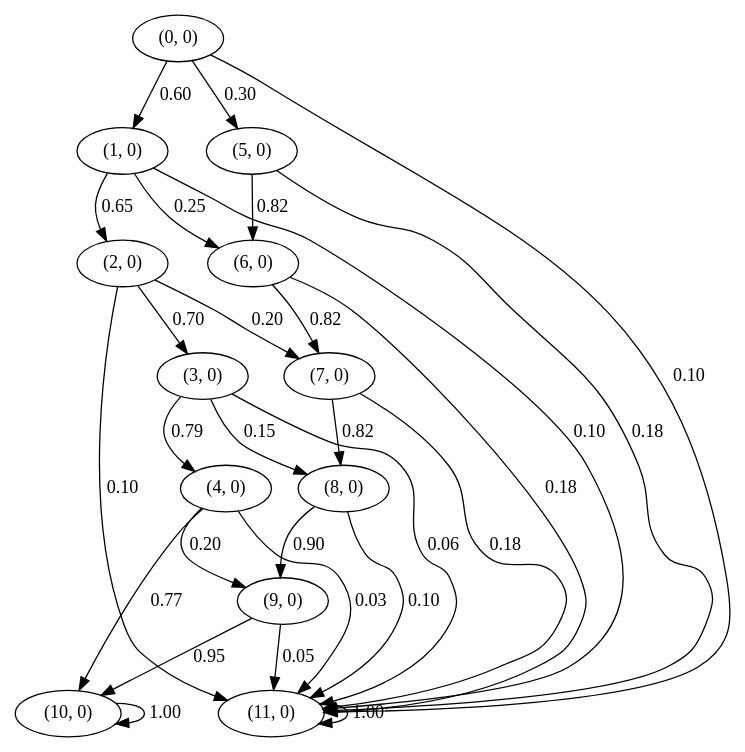
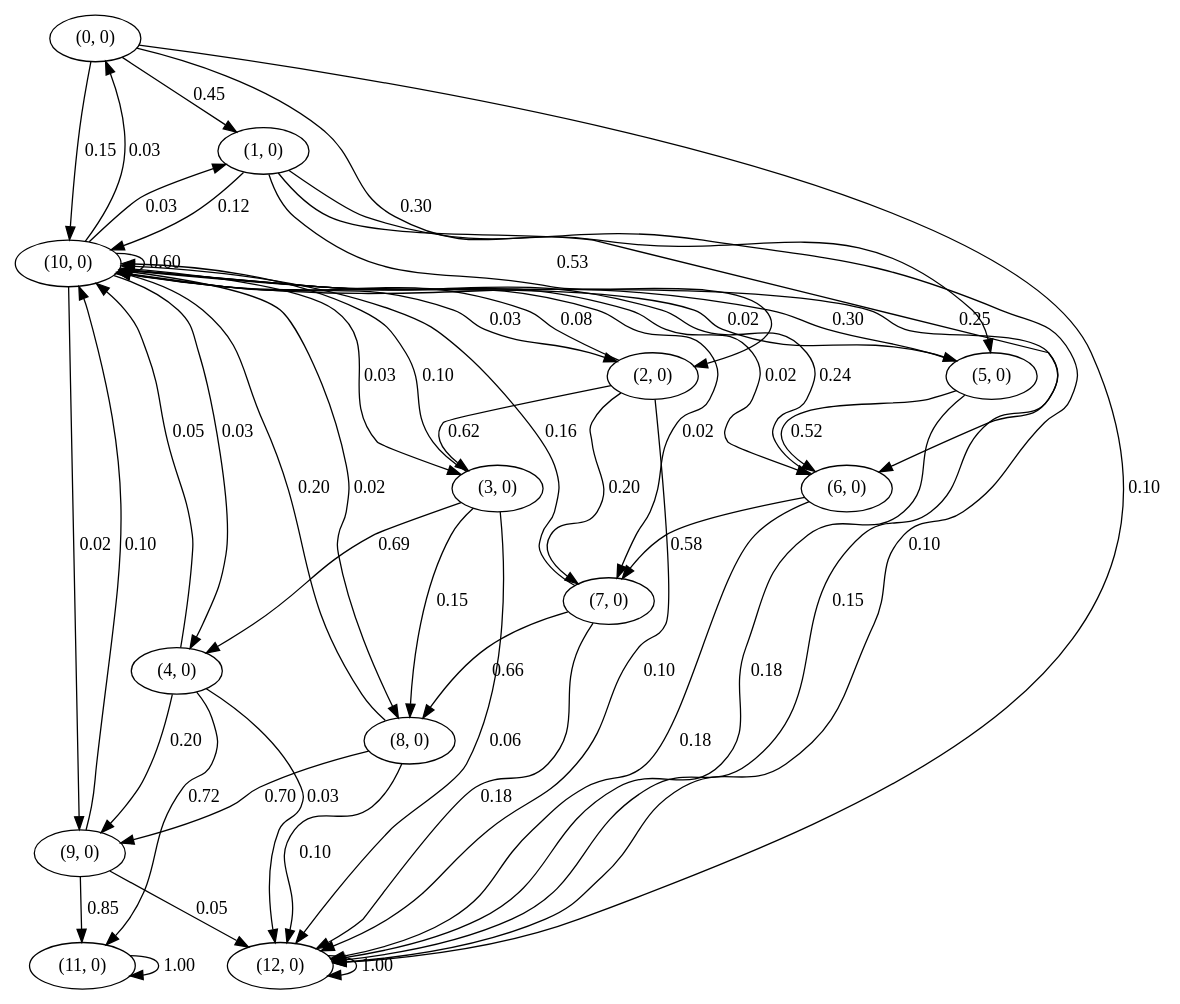
The diagram in mc.dot (JulianaFerreira/educacao), drawn with Graphviz before and after one commit. The commit also changed 3 other files, not shown here.

```diff
--- a/mc.dot
+++ b/mc.dot
@@ -1,41 +1,64 @@
 digraph  {
 "(0, 0)";
 "(1, 0)";
 "(5, 0)";
-"(11, 0)";
+"(10, 0)";
+"(12, 0)";
 "(2, 0)";
 "(6, 0)";
 "(3, 0)";
 "(7, 0)";
 "(4, 0)";
 "(8, 0)";
 "(9, 0)";
-"(10, 0)";
-"(0, 0)" -> "(1, 0)"  [key=0, label="0.60", weight="0.6"];
+"(11, 0)";
+"(0, 0)" -> "(1, 0)"  [key=0, label="0.45", weight="0.44999999999999996"];
 "(0, 0)" -> "(5, 0)"  [key=0, label="0.30", weight="0.3"];
-"(0, 0)" -> "(11, 0)"  [key=0, label="0.10", weight="0.1"];
-"(1, 0)" -> "(2, 0)"  [key=0, label="0.65", weight="0.65"];
+"(0, 0)" -> "(10, 0)"  [key=0, label="0.15", weight="0.15"];
+"(0, 0)" -> "(12, 0)"  [key=0, label="0.10", weight="0.1"];
+"(1, 0)" -> "(2, 0)"  [key=0, label="0.53", weight="0.53"];
 "(1, 0)" -> "(6, 0)"  [key=0, label="0.25", weight="0.25"];
-"(1, 0)" -> "(11, 0)"  [key=0, label="0.10", weight="0.1"];
-"(5, 0)" -> "(6, 0)"  [key=0, label="0.82", weight="0.825"];
-"(5, 0)" -> "(11, 0)"  [key=0, label="0.18", weight="0.17500000000000002"];
+"(1, 0)" -> "(10, 0)"  [key=0, label="0.12", weight="0.12"];
+"(1, 0)" -> "(12, 0)"  [key=0, label="0.10", weight="0.1"];
+"(5, 0)" -> "(6, 0)"  [key=0, label="0.52", weight="0.5249999999999999"];
+"(5, 0)" -> "(10, 0)"  [key=0, label="0.30", weight="0.3"];
+"(5, 0)" -> "(12, 0)"  [key=0, label="0.18", weight="0.17500000000000002"];
+"(10, 0)" -> "(0, 0)"  [key=0, label="0.03", weight="0.03"];
+"(10, 0)" -> "(1, 0)"  [key=0, label="0.03", weight="0.03"];
+"(10, 0)" -> "(2, 0)"  [key=0, label="0.03", weight="0.03"];
+"(10, 0)" -> "(3, 0)"  [key=0, label="0.03", weight="0.03"];
+"(10, 0)" -> "(4, 0)"  [key=0, label="0.03", weight="0.03"];
+"(10, 0)" -> "(5, 0)"  [key=0, label="0.02", weight="0.02"];
+"(10, 0)" -> "(6, 0)"  [key=0, label="0.02", weight="0.02"];
+"(10, 0)" -> "(7, 0)"  [key=0, label="0.02", weight="0.02"];
+"(10, 0)" -> "(8, 0)"  [key=0, label="0.02", weight="0.02"];
+"(10, 0)" -> "(9, 0)"  [key=0, label="0.02", weight="0.02"];
+"(10, 0)" -> "(10, 0)"  [key=0, label="0.60", weight="0.6"];
+"(10, 0)" -> "(12, 0)"  [key=0, label="0.15", weight="0.15"];
+"(12, 0)" -> "(12, 0)"  [key=0, label="1.00", weight="1.0"];
+"(2, 0)" -> "(3, 0)"  [key=0, label="0.62", weight="0.6200000000000001"];
+"(2, 0)" -> "(7, 0)"  [key=0, label="0.20", weight="0.2"];
+"(2, 0)" -> "(10, 0)"  [key=0, label="0.08", weight="0.08"];
+"(2, 0)" -> "(12, 0)"  [key=0, label="0.10", weight="0.1"];
+"(6, 0)" -> "(7, 0)"  [key=0, label="0.58", weight="0.585"];
+"(6, 0)" -> "(10, 0)"  [key=0, label="0.24", weight="0.24"];
+"(6, 0)" -> "(12, 0)"  [key=0, label="0.18", weight="0.17500000000000002"];
+"(3, 0)" -> "(4, 0)"  [key=0, label="0.69", weight="0.6900000000000001"];
+"(3, 0)" -> "(8, 0)"  [key=0, label="0.15", weight="0.15"];
+"(3, 0)" -> "(10, 0)"  [key=0, label="0.10", weight="0.1"];
+"(3, 0)" -> "(12, 0)"  [key=0, label="0.06", weight="0.06"];
+"(7, 0)" -> "(8, 0)"  [key=0, label="0.66", weight="0.6649999999999999"];
+"(7, 0)" -> "(10, 0)"  [key=0, label="0.16", weight="0.16"];
+"(7, 0)" -> "(12, 0)"  [key=0, label="0.18", weight="0.17500000000000002"];
+"(4, 0)" -> "(9, 0)"  [key=0, label="0.20", weight="0.2"];
+"(4, 0)" -> "(10, 0)"  [key=0, label="0.05", weight="0.05"];
+"(4, 0)" -> "(11, 0)"  [key=0, label="0.72", weight="0.72"];
+"(4, 0)" -> "(12, 0)"  [key=0, label="0.03", weight="0.03"];
+"(8, 0)" -> "(9, 0)"  [key=0, label="0.70", weight="0.6950000000000001"];
+"(8, 0)" -> "(10, 0)"  [key=0, label="0.20", weight="0.2"];
+"(8, 0)" -> "(12, 0)"  [key=0, label="0.10", weight="0.105"];
+"(9, 0)" -> "(10, 0)"  [key=0, label="0.10", weight="0.1"];
+"(9, 0)" -> "(11, 0)"  [key=0, label="0.85", weight="0.8475"];
+"(9, 0)" -> "(12, 0)"  [key=0, label="0.05", weight="0.0525"];
 "(11, 0)" -> "(11, 0)"  [key=0, label="1.00", weight="1.0"];
-"(2, 0)" -> "(3, 0)"  [key=0, label="0.70", weight="0.7000000000000001"];
-"(2, 0)" -> "(7, 0)"  [key=0, label="0.20", weight="0.2"];
-"(2, 0)" -> "(11, 0)"  [key=0, label="0.10", weight="0.1"];
-"(6, 0)" -> "(7, 0)"  [key=0, label="0.82", weight="0.825"];
-"(6, 0)" -> "(11, 0)"  [key=0, label="0.18", weight="0.17500000000000002"];
-"(3, 0)" -> "(4, 0)"  [key=0, label="0.79", weight="0.79"];
-"(3, 0)" -> "(8, 0)"  [key=0, label="0.15", weight="0.15"];
-"(3, 0)" -> "(11, 0)"  [key=0, label="0.06", weight="0.06"];
-"(7, 0)" -> "(8, 0)"  [key=0, label="0.82", weight="0.825"];
-"(7, 0)" -> "(11, 0)"  [key=0, label="0.18", weight="0.17500000000000002"];
-"(4, 0)" -> "(9, 0)"  [key=0, label="0.20", weight="0.2"];
-"(4, 0)" -> "(10, 0)"  [key=0, label="0.77", weight="0.77"];
-"(4, 0)" -> "(11, 0)"  [key=0, label="0.03", weight="0.03"];
-"(8, 0)" -> "(9, 0)"  [key=0, label="0.90", weight="0.895"];
-"(8, 0)" -> "(11, 0)"  [key=0, label="0.10", weight="0.105"];
-"(9, 0)" -> "(10, 0)"  [key=0, label="0.95", weight="0.9475"];
-"(9, 0)" -> "(11, 0)"  [key=0, label="0.05", weight="0.0525"];
-"(10, 0)" -> "(10, 0)"  [key=0, label="1.00", weight="1.0"];
 }
```
